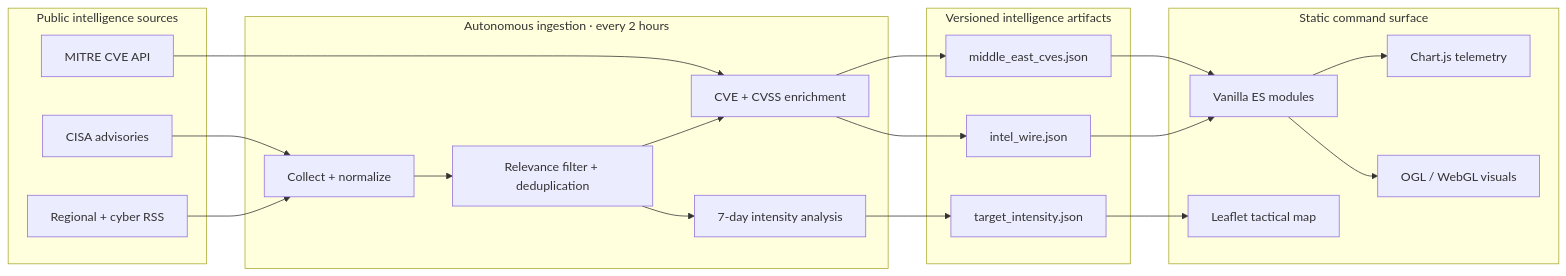
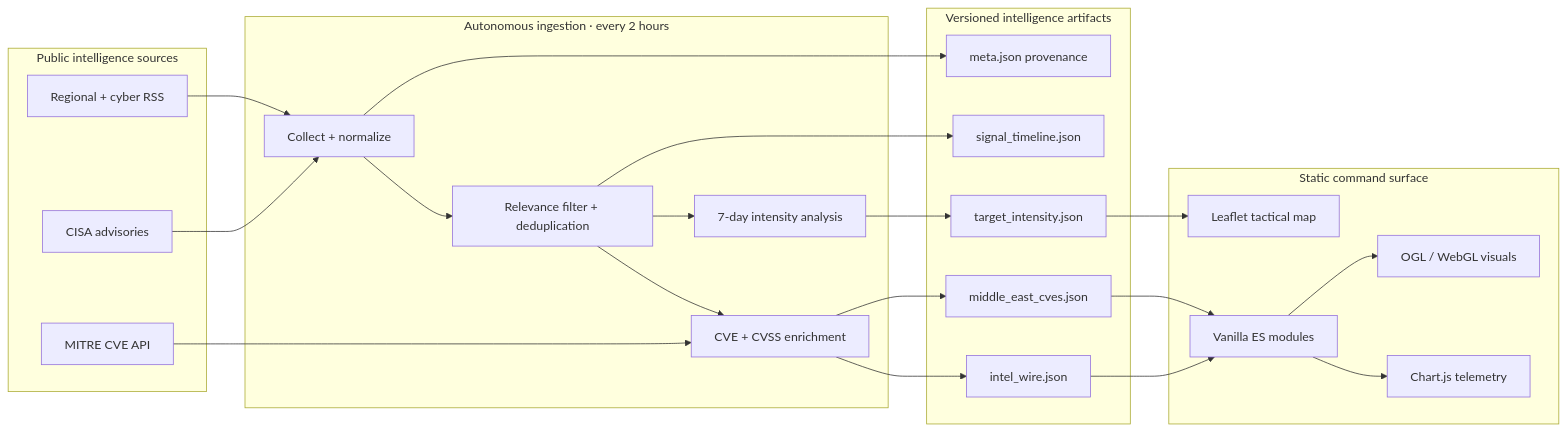
The diagram in README.md (YASLOGIST/yaslogist-intelligence), drawn with Mermaid before and after one commit. The commit also changed other lines of this file and 61 other files, not shown here.

````diff
--- a/README.md
+++ b/README.md
@@ -59,43 +64,47 @@
 ```mermaid
 flowchart LR
     subgraph Sources[Public intelligence sources]
         RSS[Regional + cyber RSS]
         CISA[CISA advisories]
         MITRE[MITRE CVE API]
     end
 
     subgraph Pipeline[Autonomous ingestion · every 2 hours]
         COLLECT[Collect + normalize]
         FILTER[Relevance filter + deduplication]
         ENRICH[CVE + CVSS enrichment]
         SCORE[7-day intensity analysis]
     end
 
     subgraph Data[Versioned intelligence artifacts]
         WIRE[intel_wire.json]
         CVE[middle_east_cves.json]
         HEAT[target_intensity.json]
+        META[meta.json provenance]
+        TIME[signal_timeline.json]
     end
 
     subgraph Edge[Static command surface]
         UI[Vanilla ES modules]
         MAP[Leaflet tactical map]
         CHART[Chart.js telemetry]
         VFX[OGL / WebGL visuals]
     end
 
     RSS --> COLLECT
     CISA --> COLLECT
     COLLECT --> FILTER
     FILTER --> ENRICH
     MITRE --> ENRICH
     FILTER --> SCORE
     ENRICH --> WIRE
     ENRICH --> CVE
     SCORE --> HEAT
+    FILTER --> TIME
+    COLLECT --> META
     WIRE --> UI
     CVE --> UI
     HEAT --> MAP
     UI --> CHART
     UI --> VFX
 ```
````
